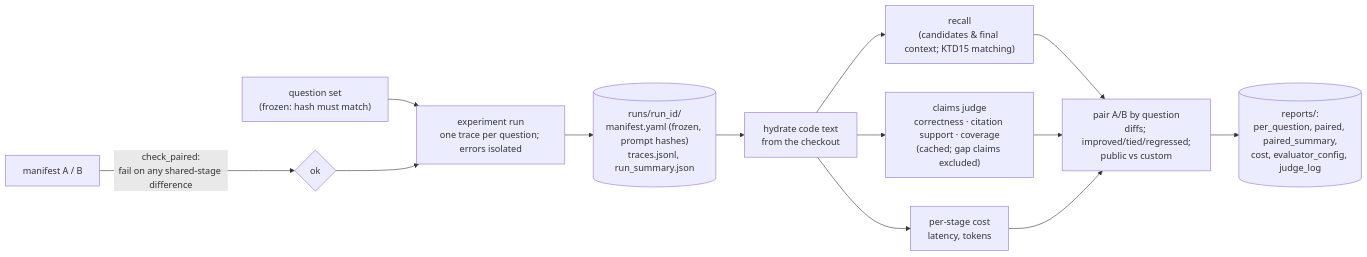
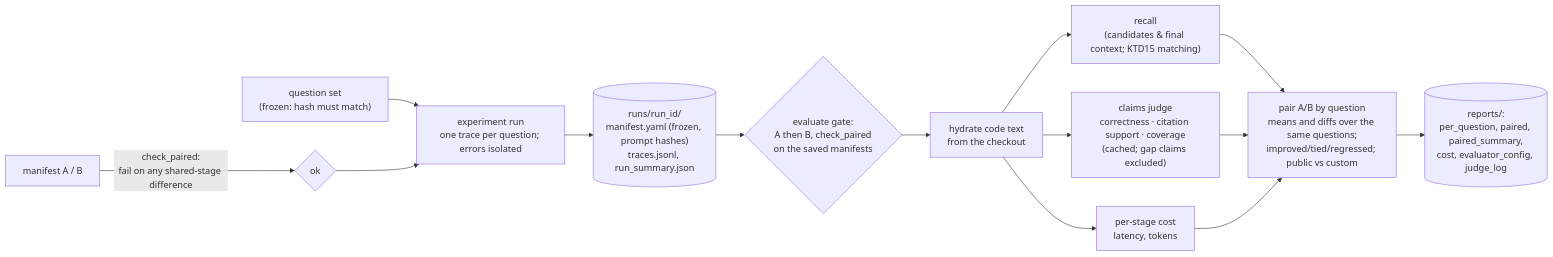
The ninth of 9 diagrams in docs/architecture.md (andresdp/design-wiki-bridge), drawn with Mermaid before and after one commit. The commit also changed other lines of this file and 2 other files, not shown here.

Commit message:
docs: record review fixes in architecture, usage guide, and invariants

````diff
--- a/docs/architecture.md
+++ b/docs/architecture.md
@@ -308,13 +310,14 @@
 ```mermaid
 flowchart LR
     M["manifest A / B"] -->|"check_paired:<br/>fail on any shared-stage difference"| OK{ok}
     QS["question set<br/>(frozen: hash must match)"] --> RUN
     OK --> RUN["experiment run<br/>one trace per question; errors isolated"]
     RUN --> TR[("runs/run_id/<br/>manifest.yaml (frozen, prompt hashes)<br/>traces.jsonl, run_summary.json")]
-    TR --> HY["hydrate code text<br/>from the checkout"]
+    TR --> GATE{"evaluate gate:<br/>A then B, check_paired<br/>on the saved manifests"}
+    GATE --> HY["hydrate code text<br/>from the checkout"]
     HY --> REC["recall<br/>(candidates & final context; KTD15 matching)"]
     HY --> JUD["claims judge<br/>correctness · citation support · coverage<br/>(cached; gap claims excluded)"]
     HY --> COST["per-stage cost<br/>latency, tokens"]
-    REC & JUD & COST --> PAIR["pair A/B by question<br/>diffs; improved/tied/regressed;<br/>public vs custom"]
+    REC & JUD & COST --> PAIR["pair A/B by question<br/>means and diffs over the same questions;<br/>improved/tied/regressed; public vs custom"]
     PAIR --> REP[("reports/:<br/>per_question, paired, paired_summary,<br/>cost, evaluator_config, judge_log")]
 ```
````
